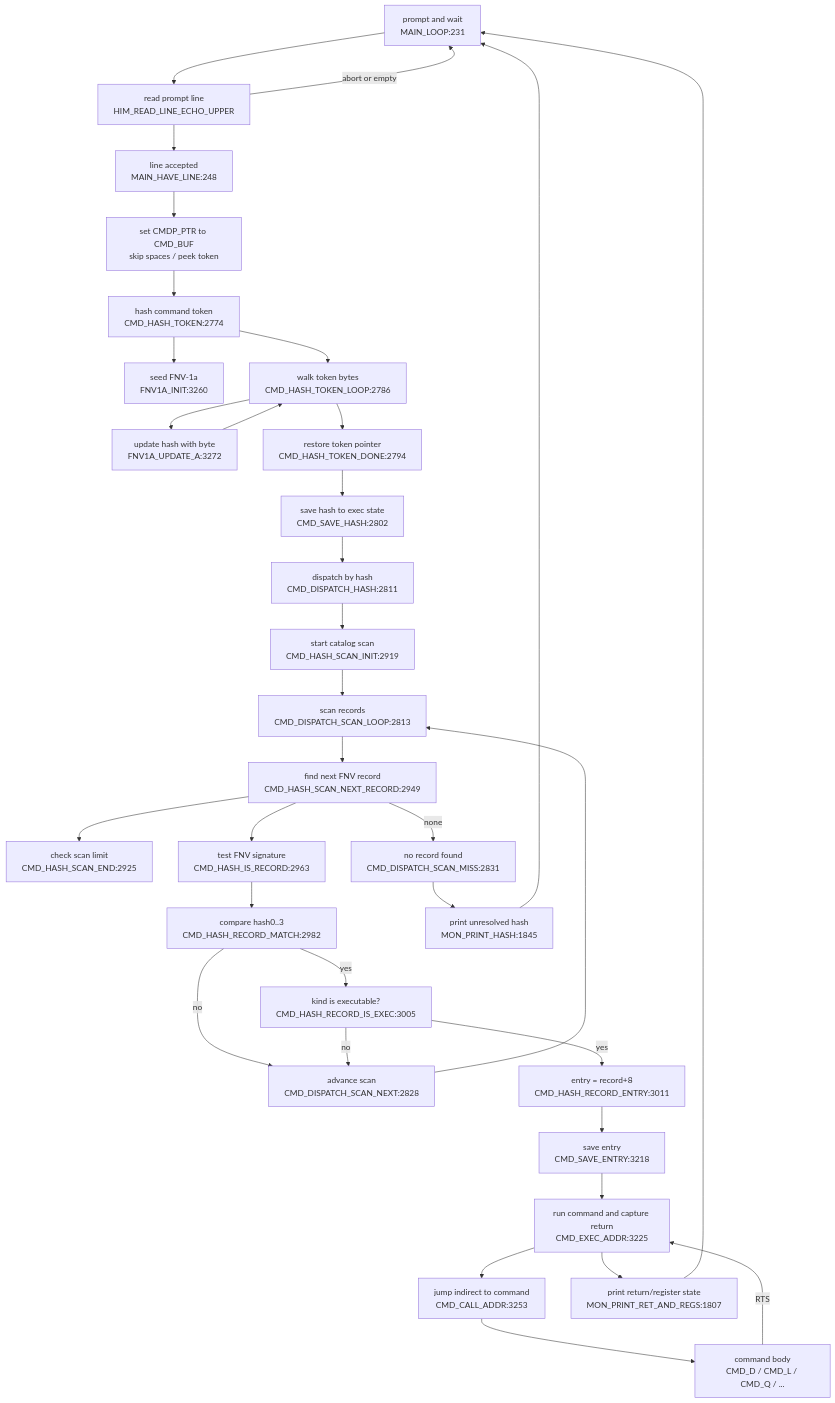
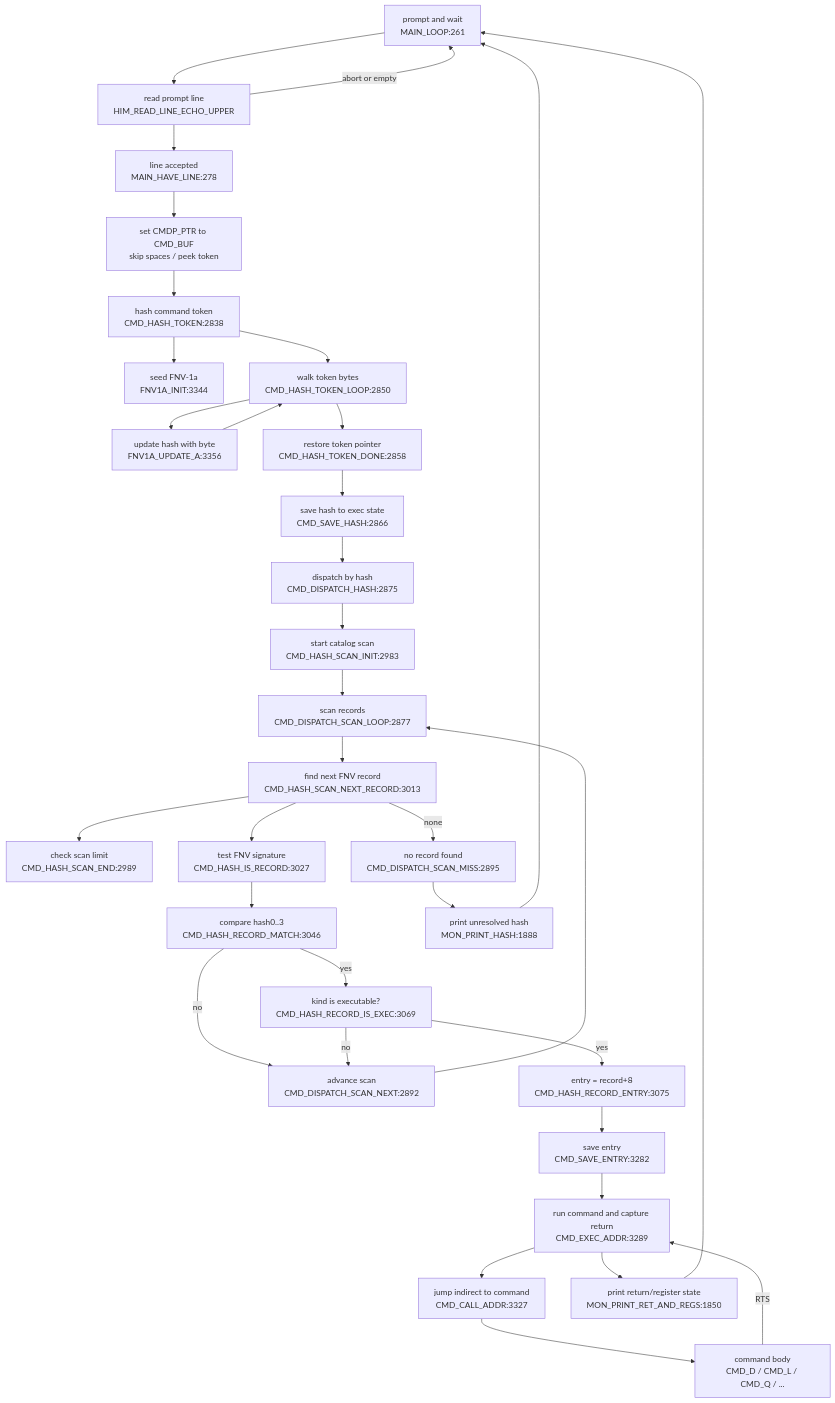
One commit to 95westus/R-YORS changed the diagram in DOC/GENERATED/CMD_FLOW_MAP.md. Above: the diagram before and after it, drawn with Mermaid. The commit also changed other lines of this file and 17 other files, not shown here.

````diff
--- a/DOC/GENERATED/CMD_FLOW_MAP.md
+++ b/DOC/GENERATED/CMD_FLOW_MAP.md
@@ -10,36 +10,36 @@
 ```mermaid
 flowchart TD
-    LOOP["prompt and wait<br/>MAIN_LOOP:231"] --> READ["read prompt line<br/>HIM_READ_LINE_ECHO_UPPER"]
-    READ --> HAVE["line accepted<br/>MAIN_HAVE_LINE:248"]
+    LOOP["prompt and wait<br/>MAIN_LOOP:261"] --> READ["read prompt line<br/>HIM_READ_LINE_ECHO_UPPER"]
+    READ --> HAVE["line accepted<br/>MAIN_HAVE_LINE:278"]
     READ -->|abort or empty| LOOP
     HAVE --> PREP["set CMDP_PTR to CMD_BUF<br/>skip spaces / peek token"]
-    PREP --> HASH["hash command token<br/>CMD_HASH_TOKEN:2774"]
-    HASH --> FNVINIT["seed FNV-1a<br/>FNV1A_INIT:3260"]
-    HASH --> HASHLOOP["walk token bytes<br/>CMD_HASH_TOKEN_LOOP:2786"]
-    HASHLOOP --> UPDATE["update hash with byte<br/>FNV1A_UPDATE_A:3272"]
+    PREP --> HASH["hash command token<br/>CMD_HASH_TOKEN:2838"]
+    HASH --> FNVINIT["seed FNV-1a<br/>FNV1A_INIT:3344"]
+    HASH --> HASHLOOP["walk token bytes<br/>CMD_HASH_TOKEN_LOOP:2850"]
+    HASHLOOP --> UPDATE["update hash with byte<br/>FNV1A_UPDATE_A:3356"]
     UPDATE --> HASHLOOP
-    HASHLOOP --> DONE["restore token pointer<br/>CMD_HASH_TOKEN_DONE:2794"]
-    DONE --> SAVEHASH["save hash to exec state<br/>CMD_SAVE_HASH:2802"]
-    SAVEHASH --> DISPATCH["dispatch by hash<br/>CMD_DISPATCH_HASH:2811"]
-    DISPATCH --> SCANINIT["start catalog scan<br/>CMD_HASH_SCAN_INIT:2919"]
-    SCANINIT --> SCANLOOP["scan records<br/>CMD_DISPATCH_SCAN_LOOP:2813"]
-    SCANLOOP --> NEXTREC["find next FNV record<br/>CMD_HASH_SCAN_NEXT_RECORD:2949"]
-    NEXTREC --> ENDCHK["check scan limit<br/>CMD_HASH_SCAN_END:2925"]
-    NEXTREC --> ISREC["test FNV signature<br/>CMD_HASH_IS_RECORD:2963"]
-    NEXTREC -->|none| MISS["no record found<br/>CMD_DISPATCH_SCAN_MISS:2831"]
-    ISREC --> MATCH["compare hash0..3<br/>CMD_HASH_RECORD_MATCH:2982"]
-    MATCH -->|no| ADV["advance scan<br/>CMD_DISPATCH_SCAN_NEXT:2828"]
+    HASHLOOP --> DONE["restore token pointer<br/>CMD_HASH_TOKEN_DONE:2858"]
+    DONE --> SAVEHASH["save hash to exec state<br/>CMD_SAVE_HASH:2866"]
+    SAVEHASH --> DISPATCH["dispatch by hash<br/>CMD_DISPATCH_HASH:2875"]
+    DISPATCH --> SCANINIT["start catalog scan<br/>CMD_HASH_SCAN_INIT:2983"]
+    SCANINIT --> SCANLOOP["scan records<br/>CMD_DISPATCH_SCAN_LOOP:2877"]
+    SCANLOOP --> NEXTREC["find next FNV record<br/>CMD_HASH_SCAN_NEXT_RECORD:3013"]
+    NEXTREC --> ENDCHK["check scan limit<br/>CMD_HASH_SCAN_END:2989"]
+    NEXTREC --> ISREC["test FNV signature<br/>CMD_HASH_IS_RECORD:3027"]
+    NEXTREC -->|none| MISS["no record found<br/>CMD_DISPATCH_SCAN_MISS:2895"]
+    ISREC --> MATCH["compare hash0..3<br/>CMD_HASH_RECORD_MATCH:3046"]
+    MATCH -->|no| ADV["advance scan<br/>CMD_DISPATCH_SCAN_NEXT:2892"]
     ADV --> SCANLOOP
-    MATCH -->|yes| EXECOK["kind is executable?<br/>CMD_HASH_RECORD_IS_EXEC:3005"]
+    MATCH -->|yes| EXECOK["kind is executable?<br/>CMD_HASH_RECORD_IS_EXEC:3069"]
     EXECOK -->|no| ADV
-    EXECOK -->|yes| ENTRY["entry = record+8<br/>CMD_HASH_RECORD_ENTRY:3011"]
-    ENTRY --> SAVEENTRY["save entry<br/>CMD_SAVE_ENTRY:3218"]
-    SAVEENTRY --> RUN["run command and capture return<br/>CMD_EXEC_ADDR:3225"]
-    RUN --> CALL["jump indirect to command<br/>CMD_CALL_ADDR:3253"]
+    EXECOK -->|yes| ENTRY["entry = record+8<br/>CMD_HASH_RECORD_ENTRY:3075"]
+    ENTRY --> SAVEENTRY["save entry<br/>CMD_SAVE_ENTRY:3282"]
+    SAVEENTRY --> RUN["run command and capture return<br/>CMD_EXEC_ADDR:3289"]
+    RUN --> CALL["jump indirect to command<br/>CMD_CALL_ADDR:3327"]
     CALL --> BODY["command body<br/>CMD_D / CMD_L / CMD_Q / ..."]
     BODY -->|RTS| RUN
-    RUN --> RETPRINT["print return/register state<br/>MON_PRINT_RET_AND_REGS:1807"]
+    RUN --> RETPRINT["print return/register state<br/>MON_PRINT_RET_AND_REGS:1850"]
     RETPRINT --> LOOP
-    MISS --> PRHASH["print unresolved hash<br/>MON_PRINT_HASH:1845"]
+    MISS --> PRHASH["print unresolved hash<br/>MON_PRINT_HASH:1888"]
     PRHASH --> LOOP
 ```
````
